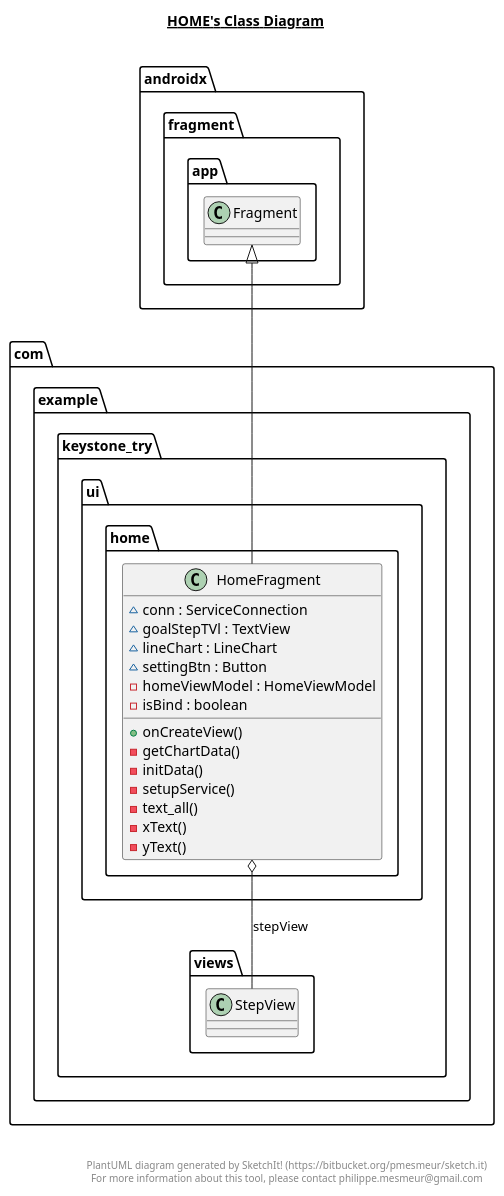
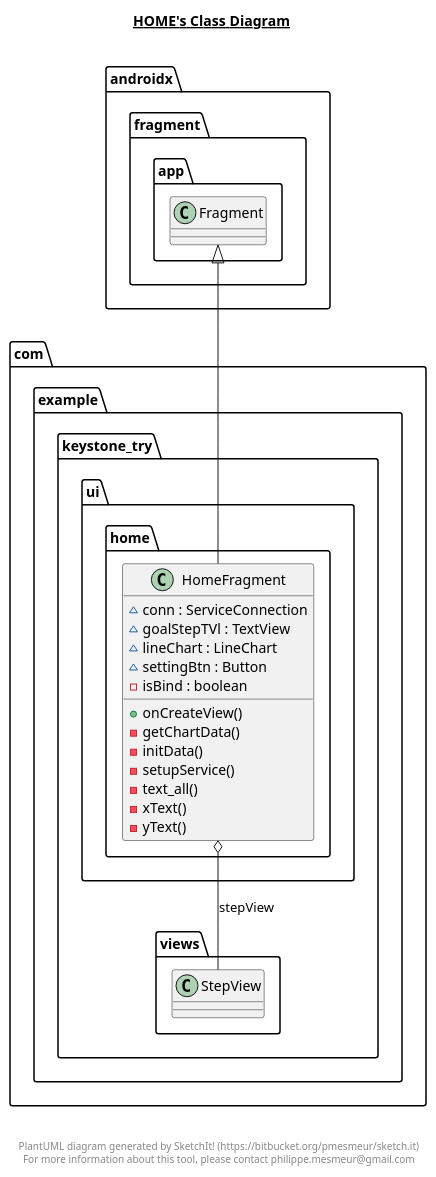
One commit to BohanShi/keystone_try changed the diagram in app/src/main/java/com/example/keystone_try/ui/home/home.plantuml. Above: the diagram before and after it, drawn with PlantUML. The commit also changed 22 other files, not shown here.

```diff
--- a/app/src/main/java/com/example/keystone_try/ui/home/home.plantuml
+++ b/app/src/main/java/com/example/keystone_try/ui/home/home.plantuml
@@ -1,39 +1,38 @@
 @startuml
 
 title __HOME's Class Diagram__\n
 
   namespace com.example.keystone_try {
     namespace ui {
       namespace home {
         class com.example.keystone_try.ui.home.HomeFragment {
             ~ conn : ServiceConnection
             ~ goalStepTVl : TextView
             ~ lineChart : LineChart
             ~ settingBtn : Button
-            - homeViewModel : HomeViewModel
             - isBind : boolean
             + onCreateView()
             - getChartData()
             - initData()
             - setupService()
             - text_all()
             - xText()
             - yText()
         }
       }
     }
   }
   
 
   com.example.keystone_try.ui.home.HomeFragment -up-|> androidx.fragment.app.Fragment
   com.example.keystone_try.ui.home.HomeFragment o-- com.example.keystone_try.views.StepView : stepView
 
 
 right footer
 
 
 PlantUML diagram generated by SketchIt! (https://bitbucket.org/pmesmeur/sketch.it)
 For more information about this tool, please contact philippe.mesmeur@gmail.com
 endfooter
 
 @enduml
```
